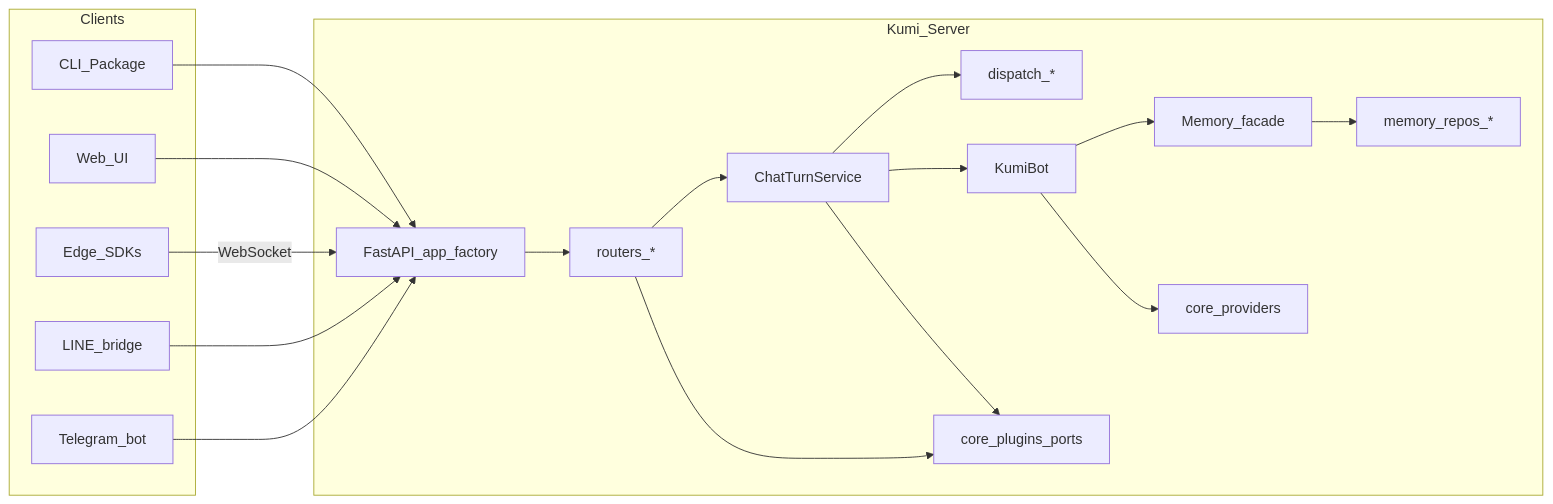
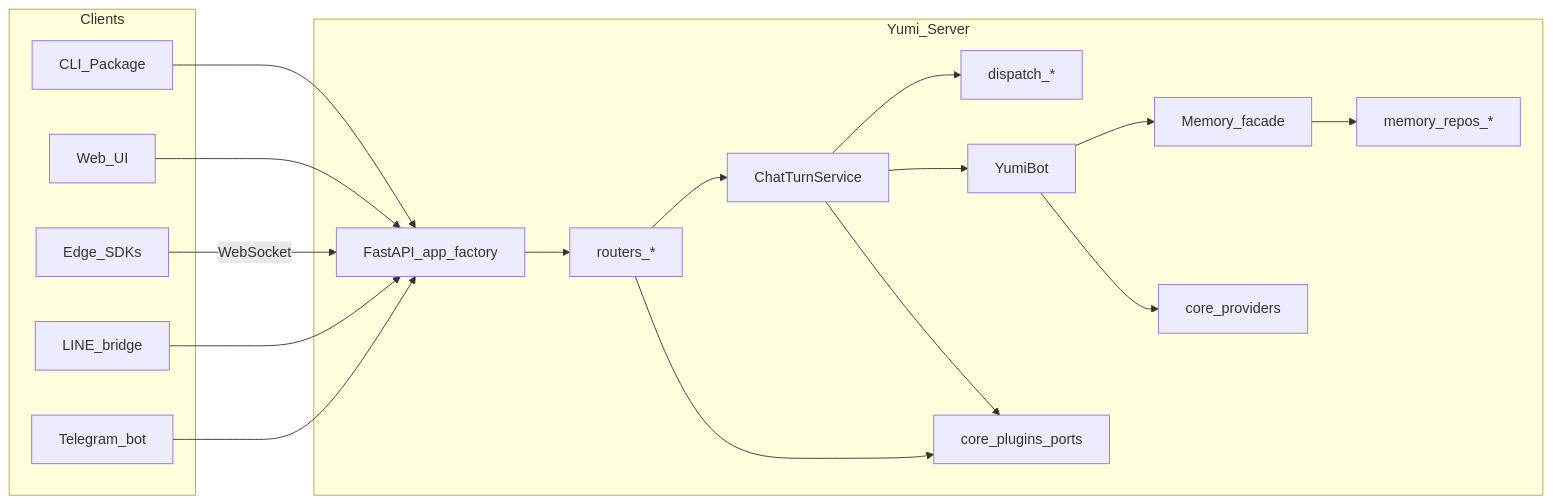
The diagram in docs/ARCHITECTURE.md (wenxijiao/yumi-agent), drawn with Mermaid before and after one commit. The commit also changed other lines of this file and 685 other files, not shown here.

First line of the commit message:
rebrand: Kumi -> Yumi (agent) / Yumi Nexus (company)

````diff
--- a/docs/ARCHITECTURE.md
+++ b/docs/ARCHITECTURE.md
@@ -5,35 +5,35 @@
 ```mermaid
 flowchart LR
   subgraph clients [Clients]
     CLI[CLI_Package]
     UI[Web_UI]
     Edge[Edge_SDKs]
     LINE[LINE_bridge]
     TG[Telegram_bot]
   end
-  subgraph server [Kumi_Server]
+  subgraph server [Yumi_Server]
     App[FastAPI_app_factory]
     Routers[routers_*]
     Service[ChatTurnService]
     Dispatch[dispatch_*]
     Plugins[core_plugins_ports]
-    Bot[KumiBot]
+    Bot[YumiBot]
     Mem[Memory_facade]
     Repos[memory_repos_*]
     Prov[core_providers]
   end
   CLI --> App
   UI --> App
   LINE --> App
   TG --> App
   Edge -->|WebSocket| App
   App --> Routers
   Routers --> Service
   Service --> Dispatch
   Service --> Bot
   Bot --> Mem
   Mem --> Repos
   Service --> Plugins
   Routers --> Plugins
   Bot --> Prov
 ```
````
